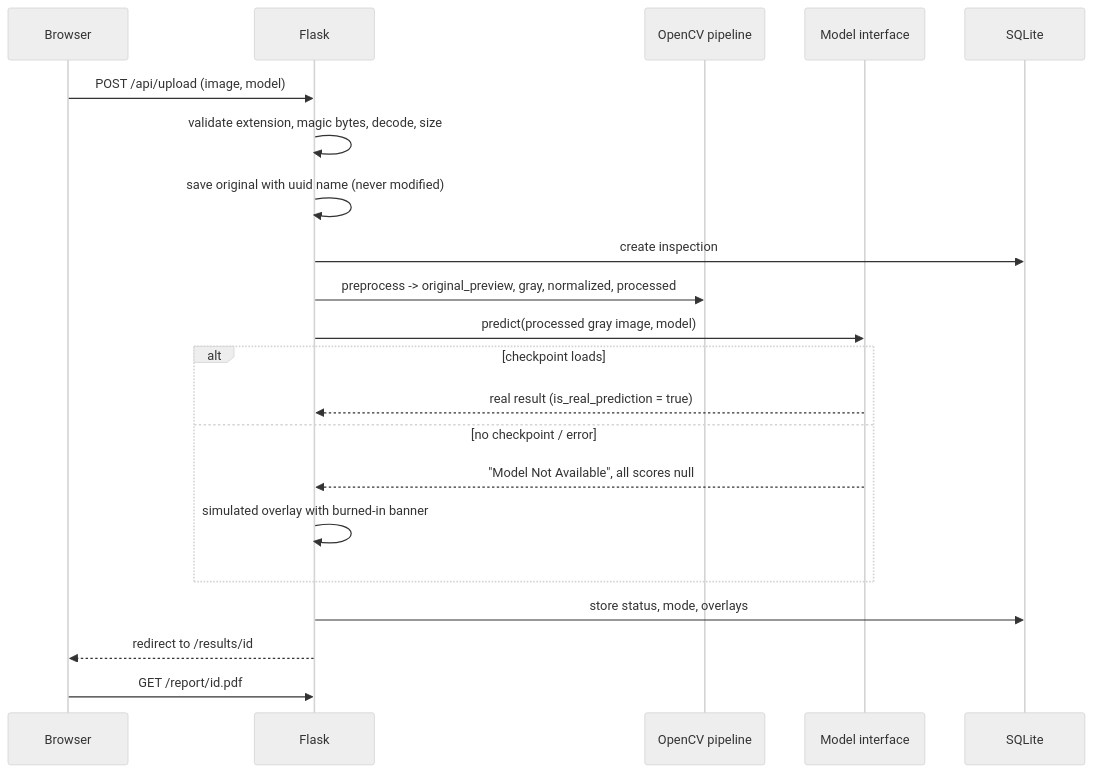
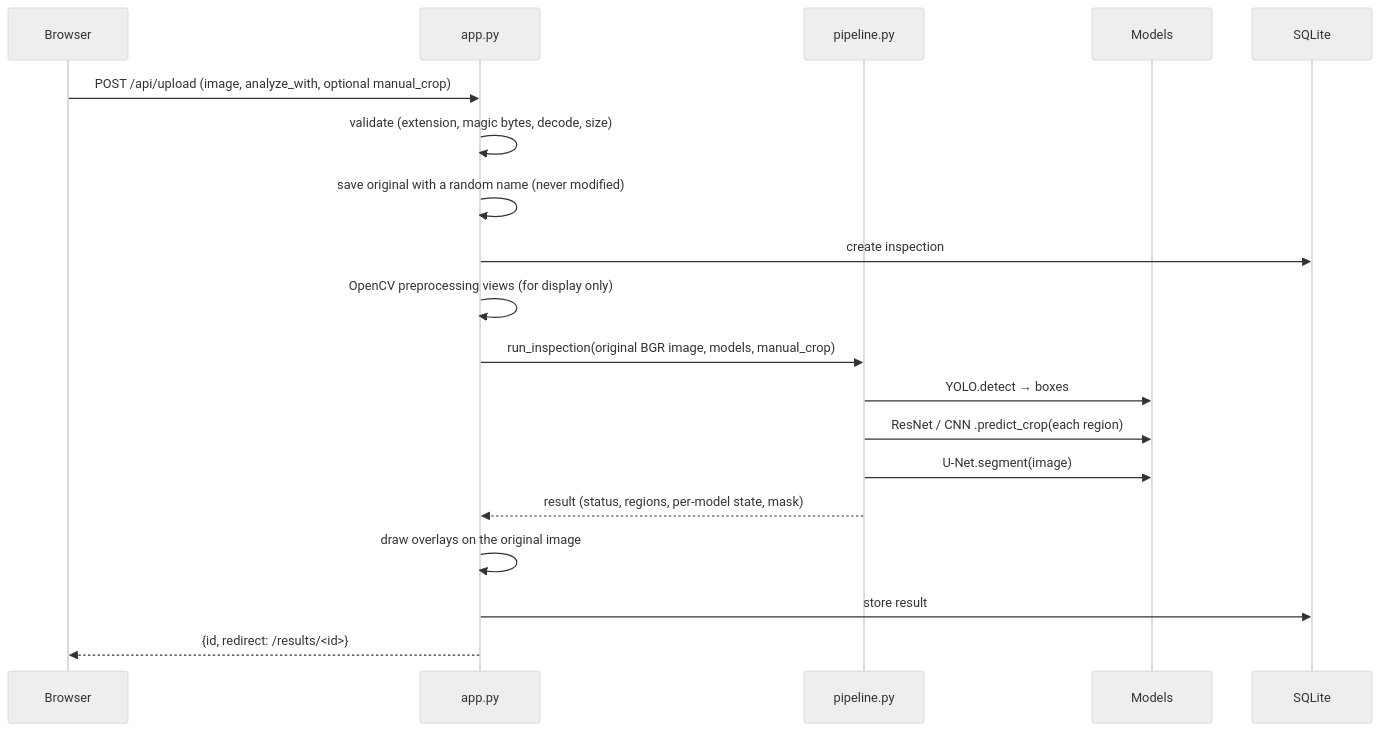
Before and after one commit to Mausam012/Metal-surface-defect-inspection: the second of 2 diagrams in metalvision-ai/README.md, drawn with Mermaid (neutral theme). The commit also changed other lines of this file and 1 other file, not shown here.

````diff
--- a/metalvision-ai/README.md
+++ b/metalvision-ai/README.md
@@ -52,23 +45,21 @@
 ```mermaid
 sequenceDiagram
     participant B as Browser
-    participant A as Flask
-    participant O as OpenCV pipeline
-    participant M as Model interface
+    participant A as app.py
+    participant P as pipeline.py
+    participant M as Models
     participant D as SQLite
-    B->>A: POST /api/upload (image, model)
-    A->>A: validate extension, magic bytes, decode, size
-    A->>A: save original with uuid name (never modified)
+    B->>A: POST /api/upload (image, analyze_with, optional manual_crop)
+    A->>A: validate (extension, magic bytes, decode, size)
+    A->>A: save original with a random name (never modified)
     A->>D: create inspection
-    A->>O: preprocess -> original_preview, gray, normalized, processed
-    A->>M: predict(processed gray image, model)
-    alt checkpoint loads
-        M-->>A: real result (is_real_prediction = true)
-    else no checkpoint / error
-        M-->>A: "Model Not Available", all scores null
-        A->>A: simulated overlay with burned-in banner
-    end
-    A->>D: store status, mode, overlays
-    A-->>B: redirect to /results/id
-    B->>A: GET /report/id.pdf
+    A->>A: OpenCV preprocessing views (for display only)
+    A->>P: run_inspection(original BGR image, models, manual_crop)
+    P->>M: YOLO.detect → boxes
+    P->>M: ResNet / CNN .predict_crop(each region)
+    P->>M: U-Net.segment(image)
+    P-->>A: result (status, regions, per-model state, mask)
+    A->>A: draw overlays on the original image
+    A->>D: store result
+    A-->>B: {id, redirect: /results/<id>}
 ```
````
